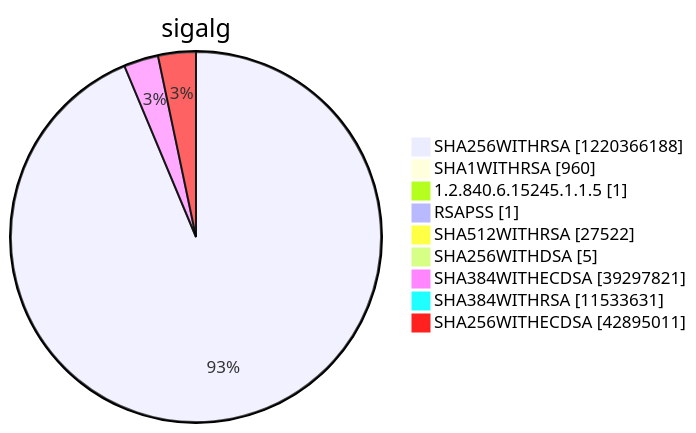
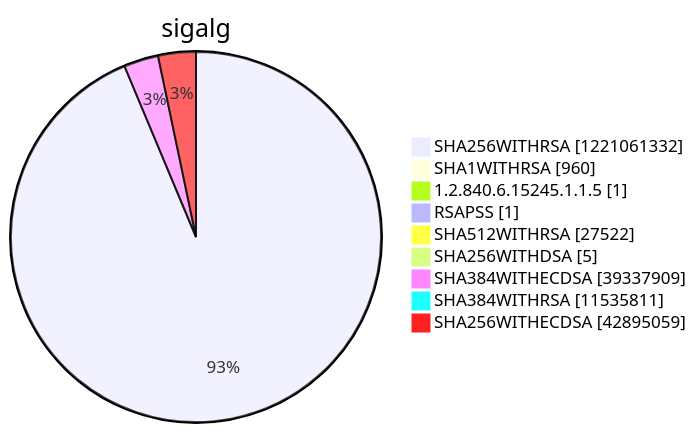
Diagram 15 of 15 in argon2022/README.md (christiankrug/ctmonitor_visualization), drawn with Mermaid before and after one commit. The commit also changed other lines of this file, not shown here.

````diff
--- a/argon2022/README.md
+++ b/argon2022/README.md
@@ -5521,13 +5521,13 @@
 ```mermaid
 pie showData
 title sigalg
-"SHA256WITHRSA" :1220366188
+"SHA256WITHRSA" :1221061332
 "SHA1WITHRSA" :960
 "1.2.840.6.15245.1.1.5" :1
 "RSAPSS" :1
 "SHA512WITHRSA" :27522
 "SHA256WITHDSA" :5
-"SHA384WITHECDSA" :39297821
-"SHA384WITHRSA" :11533631
-"SHA256WITHECDSA" :42895011
+"SHA384WITHECDSA" :39337909
+"SHA384WITHRSA" :11535811
+"SHA256WITHECDSA" :42895059
 ```
````
